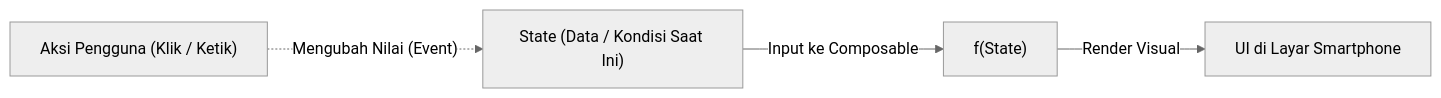
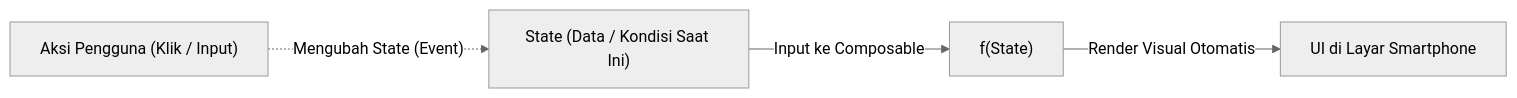
The first of 4 diagrams in src/content/docs/sesi-2.md (gdgocwidyatama/Doc-MobileDev), drawn with Mermaid (neutral theme) before and after one commit. The commit also changed other lines of this file, not shown here.

````diff
--- a/src/content/docs/sesi-2.md
+++ b/src/content/docs/sesi-2.md
@@ -30,6 +45,6 @@
 ```mermaid
 flowchart LR
     State["State (Data / Kondisi Saat Ini)"] -->|"Input ke Composable"| Function["f(State)"]
-    Function -->|"Render Visual"| UI["UI di Layar Smartphone"]
-    User["Aksi Pengguna (Klik / Ketik)"] -.->|"Mengubah Nilai (Event)"| State
+    Function -->|"Render Visual Otomatis"| UI["UI di Layar Smartphone"]
+    User["Aksi Pengguna (Klik / Input)"] -.->|"Mengubah State (Event)"| State
 ```
````
